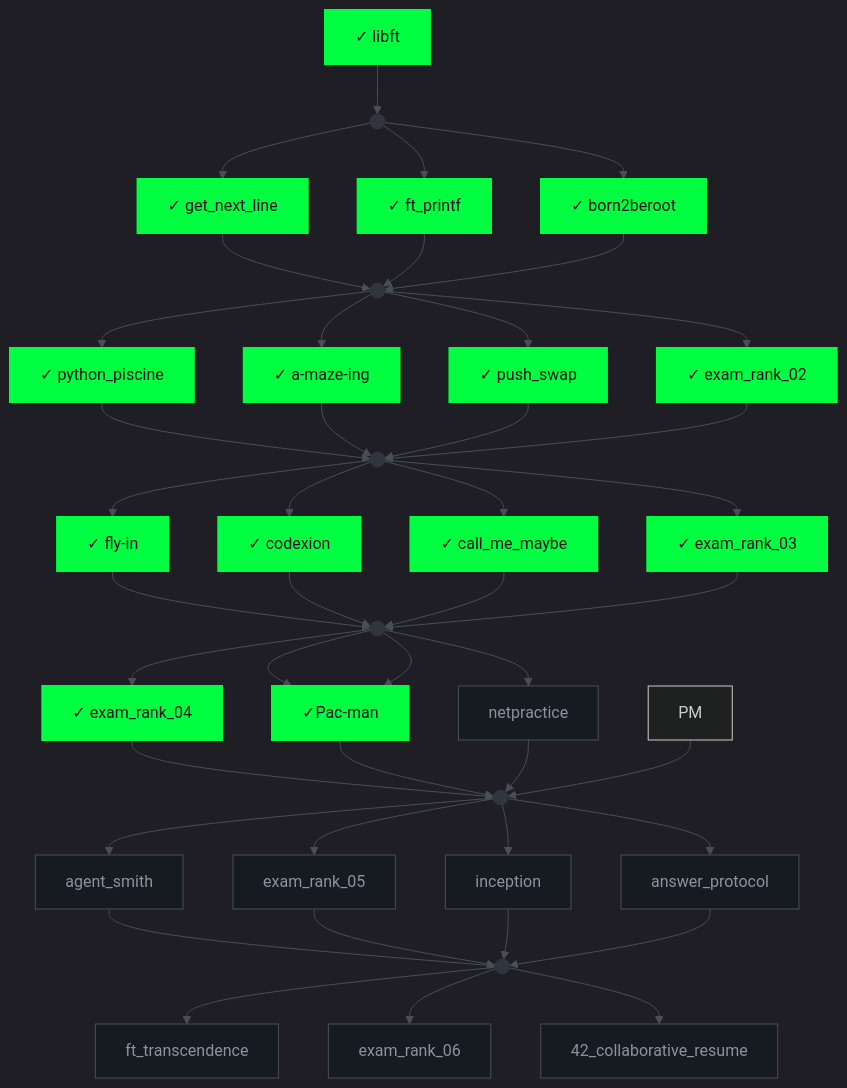
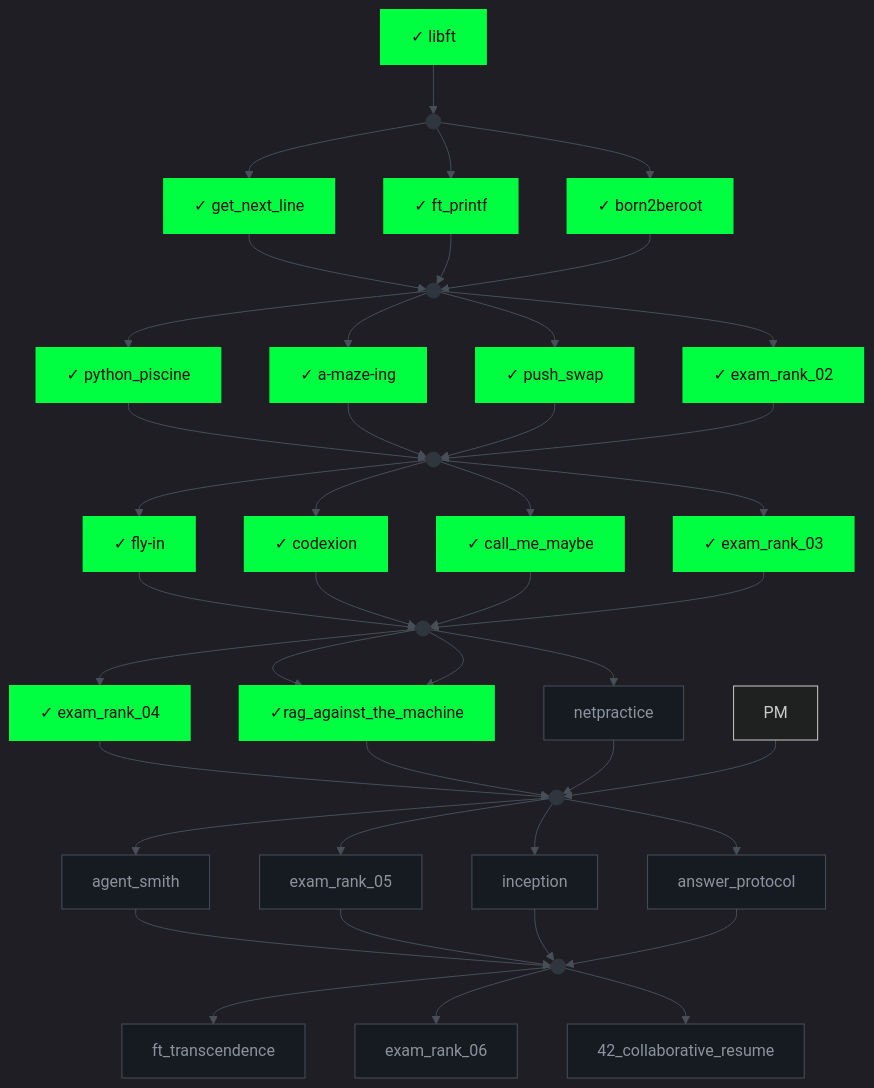
The diagram in README.md (0hmza/0hmza), drawn with Mermaid before and after one commit. The commit also changed other lines of this file, not shown here.

Commit message:
Fix RAG transition to include rag_against_the_machine

````diff
--- a/README.md
+++ b/README.md
@@ -55,60 +55,60 @@
 ```mermaid
 %%{init: {'theme':'dark','themeVariables':{'primaryColor':'#0D1117','primaryTextColor':'#C9D1D9','primaryBorderColor':'#30363D','lineColor':'#484F58','fontFamily':'monospace','fontSize':'16px'}}}%%
 graph TD
     LIB["✓ libft"]:::done --> G0((" ")):::gate
     G0 --> GNL["✓ get_next_line"]:::done
     G0 --> FP["✓ ft_printf"]:::done
     G0 --> B2B["✓ born2beroot"]:::done
 
     GNL --> G1((" ")):::gate
     FP --> G1
     B2B --> G1
 
     G1 --> PY["✓ python_piscine"]:::done
     G1 --> AM["✓ a-maze-ing"]:::done
     G1 --> PS["✓ push_swap"]:::done
     G1 --> E2["✓ exam_rank_02"]:::done
 
     PY --> G2((" ")):::gate
     AM --> G2
     PS --> G2
     E2 --> G2
 
     G2 --> FI["✓ fly-in"]:::done
     G2 --> CX["✓ codexion"]:::done
     G2 --> CMM["✓ call_me_maybe"]:::done
     G2 --> E3["✓ exam_rank_03"]:::done
 
     FI --> G3((" ")):::gate
     CX --> G3
     CMM --> G3
     E3 --> G3
 
     G3 --> E4["✓ exam_rank_04"]:::done
+    G3 --> RAG["✓Pac-man"]:::done
     G3 --> RAG["✓rag_against_the_machine"]:::done
-    G3 --> RAG["✓Pac-man"]:::done
     G3 --> NP["netpractice"]:::todo
 
     E4 --> G4((" ")):::gate
     RAG --> G4
     NP --> G4
     PM --> G4
 
     G4 --> AS["agent_smith"]:::todo
     G4 --> E5["exam_rank_05"]:::todo
     G4 --> INC["inception"]:::todo
     G4 --> AP["answer_protocol"]:::todo
 
     AS --> G5((" ")):::gate
     E5 --> G5
     INC --> G5
     AP --> G5
 
     G5 --> FT["ft_transcendence"]:::todo
     G5 --> E6["exam_rank_06"]:::todo
     G5 --> CR["42_collaborative_resume"]:::todo
 
     classDef done fill:#00FF41,stroke:#00FF41,color:#0D1117,stroke-width:2px
     classDef todo fill:#161B22,stroke:#484F58,color:#8B949E
     classDef gate fill:#30363D,stroke:#30363D,color:#30363D
 ```
````
